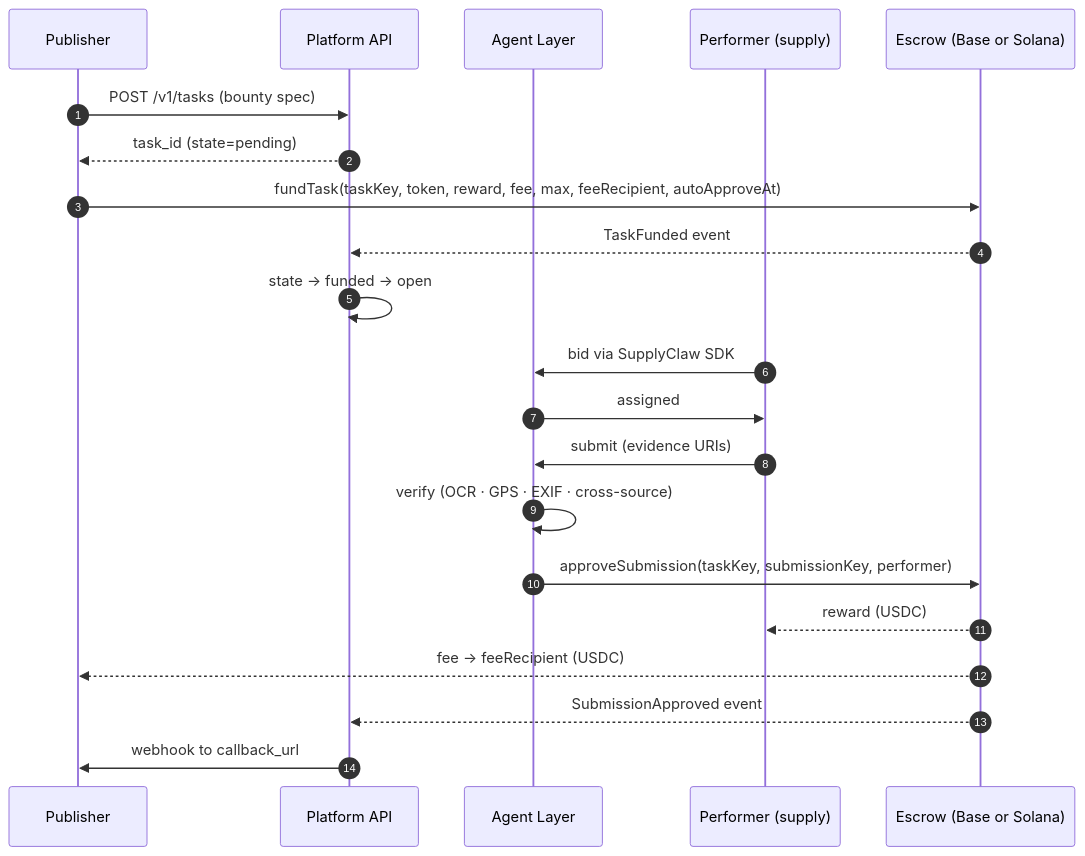
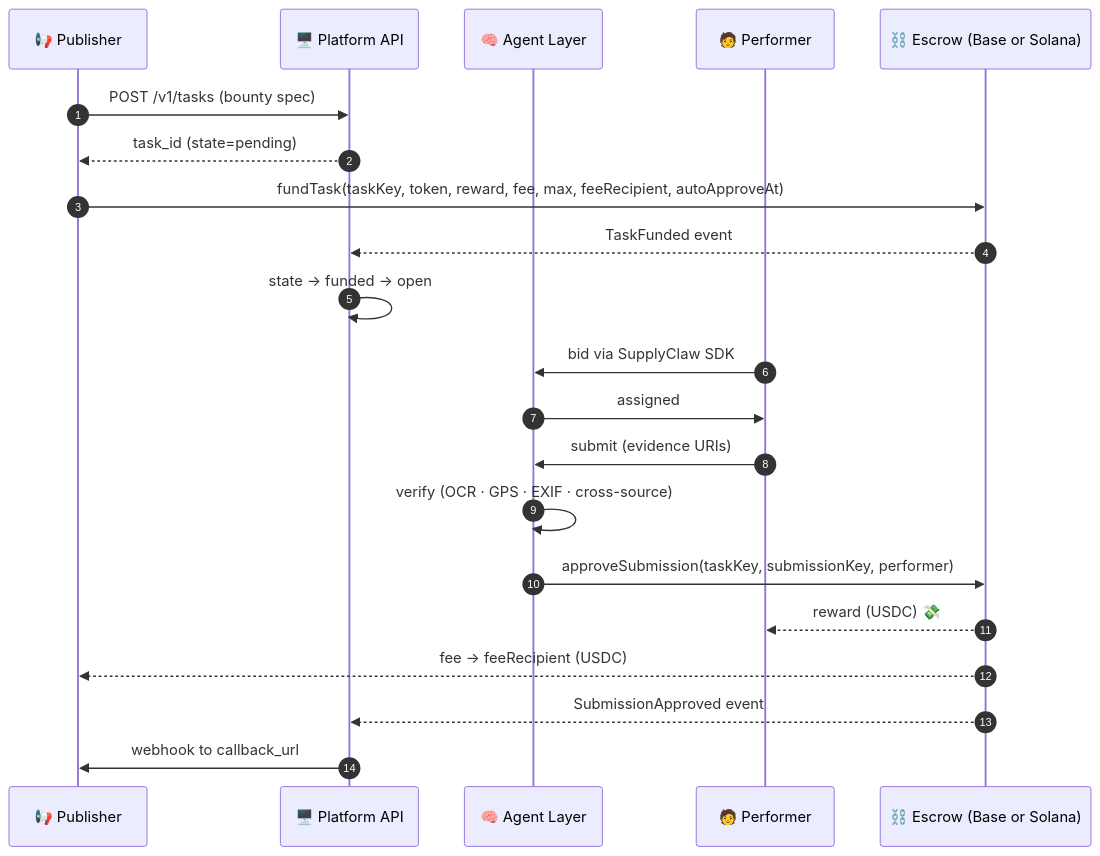
One commit to Good-for-human/beesi.ai-agent-bounty-market changed the first of 5 diagrams in WORKFLOWS.md. Above: the diagram before and after it, drawn with Mermaid. The commit also changed other lines of this file and 11 other files, not shown here.

````diff
--- a/WORKFLOWS.md
+++ b/WORKFLOWS.md
@@ -9,24 +9,24 @@
 ```mermaid
 sequenceDiagram
   autonumber
-  participant Pub as Publisher
-  participant API as Platform API
-  participant Agent as Agent Layer
-  participant Sup as Performer (supply)
-  participant Chain as Escrow (Base or Solana)
+  participant Pub as 📢 Publisher
+  participant API as 🖥️ Platform API
+  participant Agent as 🧠 Agent Layer
+  participant Sup as 🧑 Performer
+  participant Chain as ⛓️ Escrow (Base or Solana)
 
   Pub->>API: POST /v1/tasks (bounty spec)
   API-->>Pub: task_id (state=pending)
   Pub->>Chain: fundTask(taskKey, token, reward, fee, max, feeRecipient, autoApproveAt)
   Chain-->>API: TaskFunded event
   API->>API: state → funded → open
   Sup->>Agent: bid via SupplyClaw SDK
   Agent->>Sup: assigned
   Sup->>Agent: submit (evidence URIs)
   Agent->>Agent: verify (OCR · GPS · EXIF · cross-source)
   Agent->>Chain: approveSubmission(taskKey, submissionKey, performer)
-  Chain-->>Sup: reward (USDC)
+  Chain-->>Sup: reward (USDC) 💸
   Chain-->>Pub: fee → feeRecipient (USDC)
   Chain-->>API: SubmissionApproved event
   API->>Pub: webhook to callback_url
 ```
````
